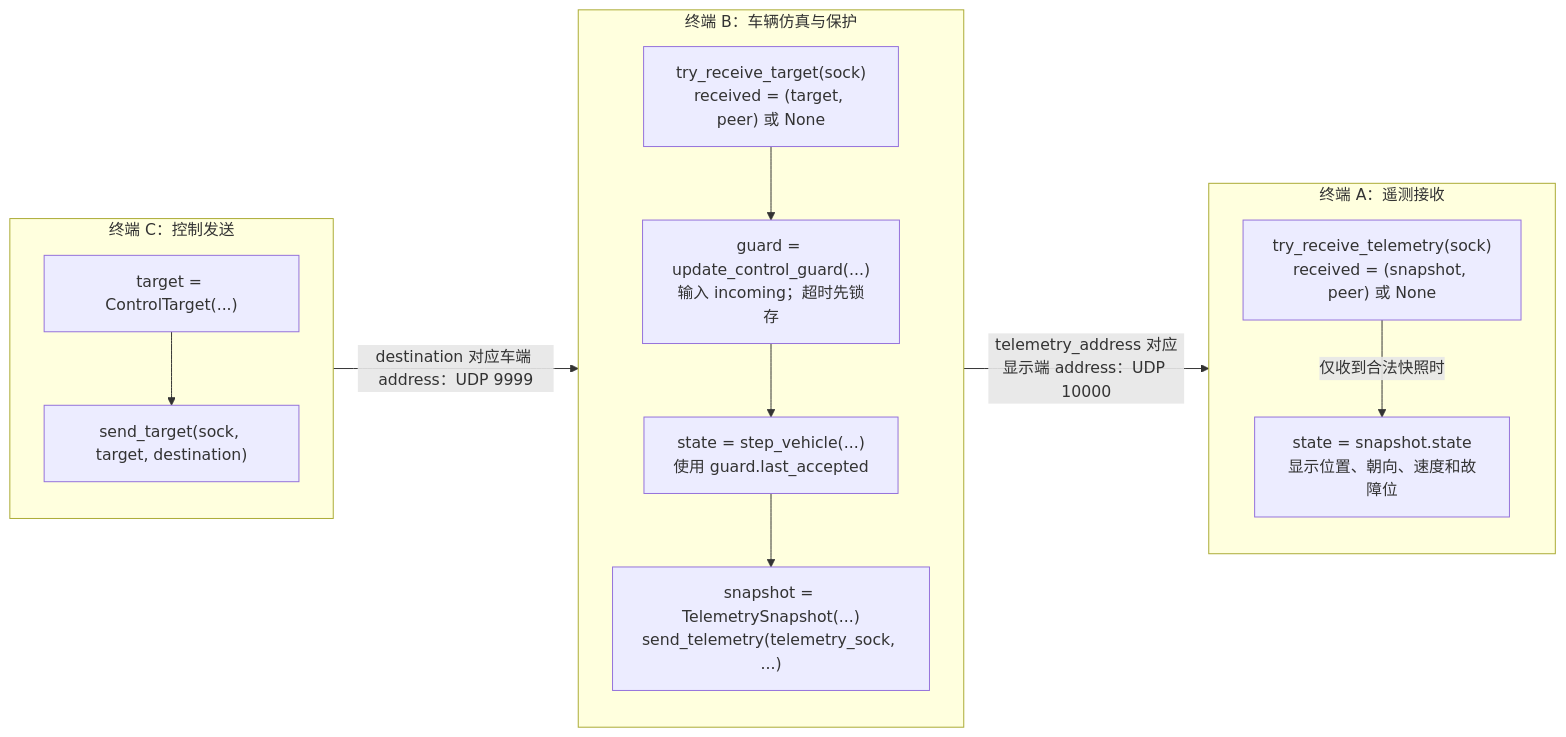
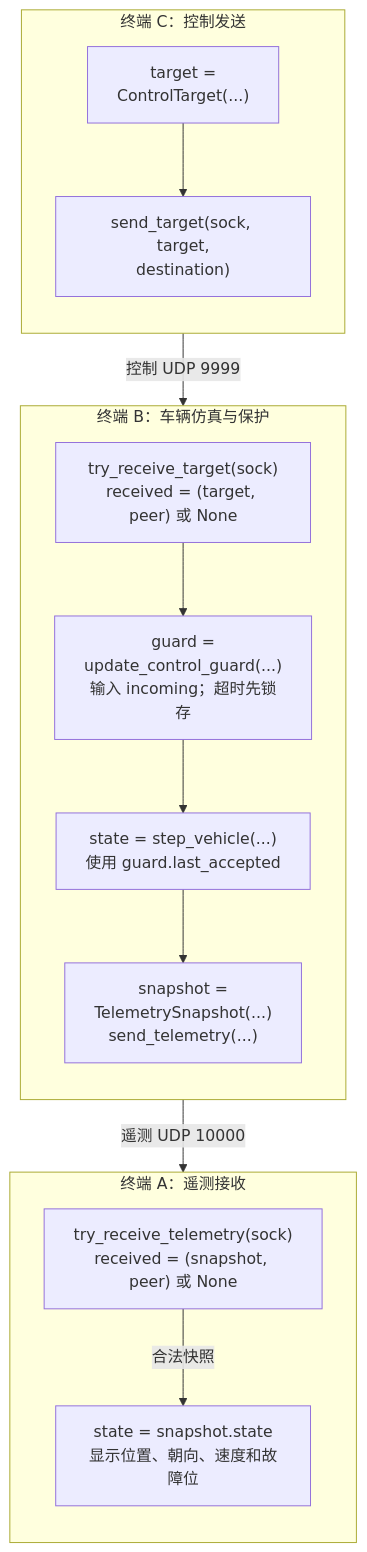
One commit to must-dsnet-lab/network-programming-project changed the second of 2 diagrams in README.md. Above: the diagram before and after it, drawn with Mermaid. The commit also changed other lines of this file and 2 other files, not shown here.

Commit message:
feat: add bounded world-coordinate trajectory history

````diff
--- a/README.md
+++ b/README.md
@@ -50,28 +52,28 @@
 ```mermaid
-flowchart LR
+flowchart TB
     subgraph SG_C["终端 C：控制发送"]
         direction TB
-        c_target["target = ControlTarget(...)"]
-        c_send["send_target(sock, target, destination)"]
+        c_target["target =<br/>ControlTarget(...)"]
+        c_send["send_target(sock, target,<br/>destination)"]
         c_target --> c_send
     end
 
     subgraph SG_B["终端 B：车辆仿真与保护"]
         direction TB
         b_receive["try_receive_target(sock)<br/>received = (target, peer) 或 None"]
-        b_guard["guard = update_control_guard(...)<br/>输入 incoming；超时先锁存"]
+        b_guard["guard =<br/>update_control_guard(...)<br/>输入 incoming；超时先锁存"]
         b_step["state = step_vehicle(...)<br/>使用 guard.last_accepted"]
-        b_telemetry["snapshot = TelemetrySnapshot(...)<br/>send_telemetry(telemetry_sock, ...)"]
+        b_telemetry["snapshot =<br/>TelemetrySnapshot(...)<br/>send_telemetry(...)"]
         b_receive --> b_guard --> b_step --> b_telemetry
     end
 
     subgraph SG_A["终端 A：遥测接收"]
         direction TB
         a_receive["try_receive_telemetry(sock)<br/>received = (snapshot, peer) 或 None"]
         a_display["state = snapshot.state<br/>显示位置、朝向、速度和故障位"]
-        a_receive -->|仅收到合法快照时| a_display
+        a_receive -->|合法快照| a_display
     end
 
-    SG_C -->|destination 对应车端 address：UDP 9999| SG_B
-    SG_B -->|telemetry_address 对应显示端 address：UDP 10000| SG_A
+    SG_C -->|控制 UDP 9999| SG_B
+    SG_B -->|遥测 UDP 10000| SG_A
 ```
````
